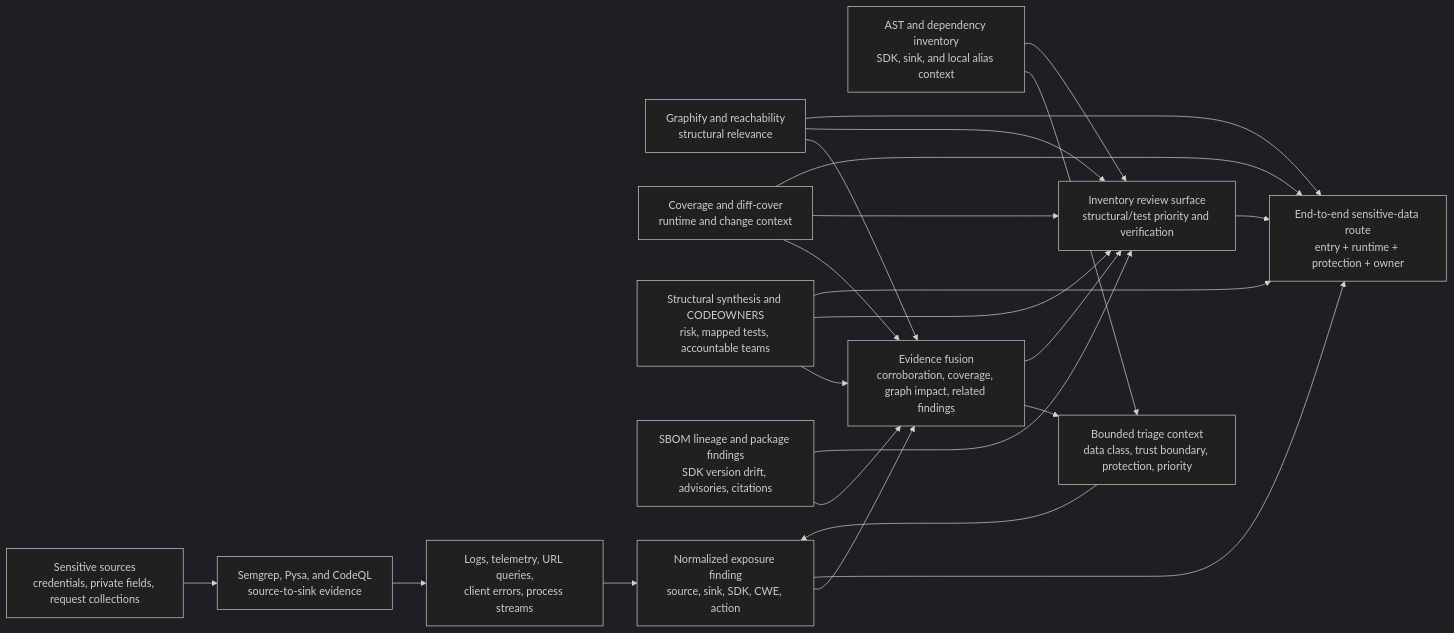
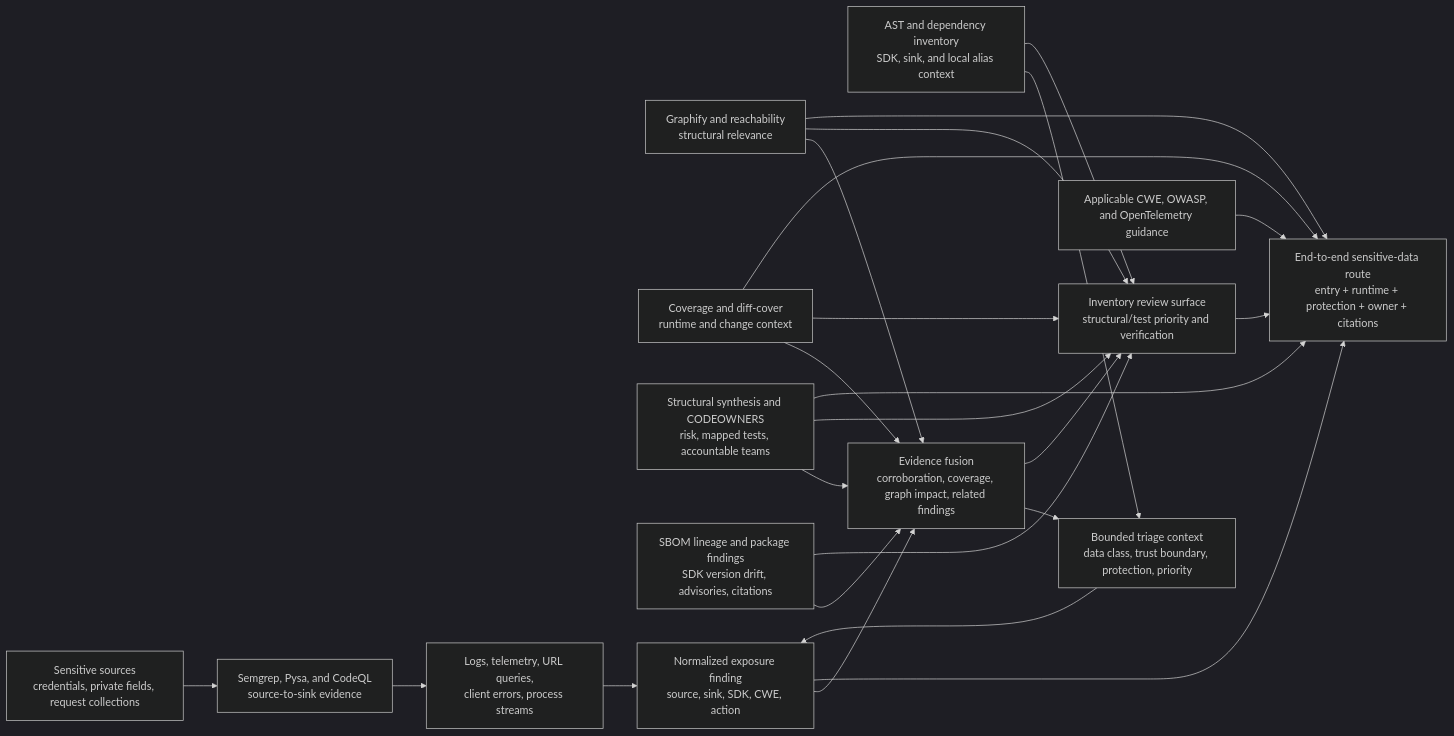
Before and after one commit to willtran87/project-py-security-suite: the diagram in docs/data-exposure.md, drawn with Mermaid (dark theme). The commit also changed other lines of this file and 10 other files, not shown here.

Commit message:
Cross-reference secret provenance and route citations

````diff
--- a/docs/data-exposure.md
+++ b/docs/data-exposure.md
@@ -41,35 +41,37 @@
 ```mermaid
 flowchart LR
     Sources["Sensitive sources<br/>credentials, private fields, request collections"]
     Taint["Semgrep, Pysa, and CodeQL<br/>source-to-sink evidence"]
     Sinks["Logs, telemetry, URL queries,<br/>client errors, process streams"]
     SDK["AST and dependency inventory<br/>SDK, sink, and local alias context"]
     Triage["Bounded triage context<br/>data class, trust boundary, protection, priority"]
     Graph["Graphify and reachability<br/>structural relevance"]
     Tests["Coverage and diff-cover<br/>runtime and change context"]
     Structure["Structural synthesis and CODEOWNERS<br/>risk, mapped tests, accountable teams"]
     Supply["SBOM lineage and package findings<br/>SDK version drift, advisories, citations"]
     Fusion["Evidence fusion<br/>corroboration, coverage, graph impact, related findings"]
     Surface["Inventory review surface<br/>structural/test priority and verification"]
     Finding["Normalized exposure finding<br/>source, sink, SDK, CWE, action"]
-    Route["End-to-end sensitive-data route<br/>entry + runtime + protection + owner"]
+    Standards["Applicable CWE, OWASP, and OpenTelemetry guidance"]
+    Route["End-to-end sensitive-data route<br/>entry + runtime + protection + owner + citations"]
 
     Sources --> Taint --> Sinks --> Finding
     SDK --> Triage --> Finding
     Graph --> Fusion
     Tests --> Fusion
     Structure --> Fusion
     Supply --> Fusion
     Finding --> Fusion --> Triage
+    Standards --> Route
     SDK --> Surface
     Graph --> Surface
     Tests --> Surface
     Structure --> Surface
     Supply --> Surface
     Fusion --> Surface
     Finding --> Route
     Surface --> Route
     Graph --> Route
     Tests --> Route
     Structure --> Route
 ```
````
